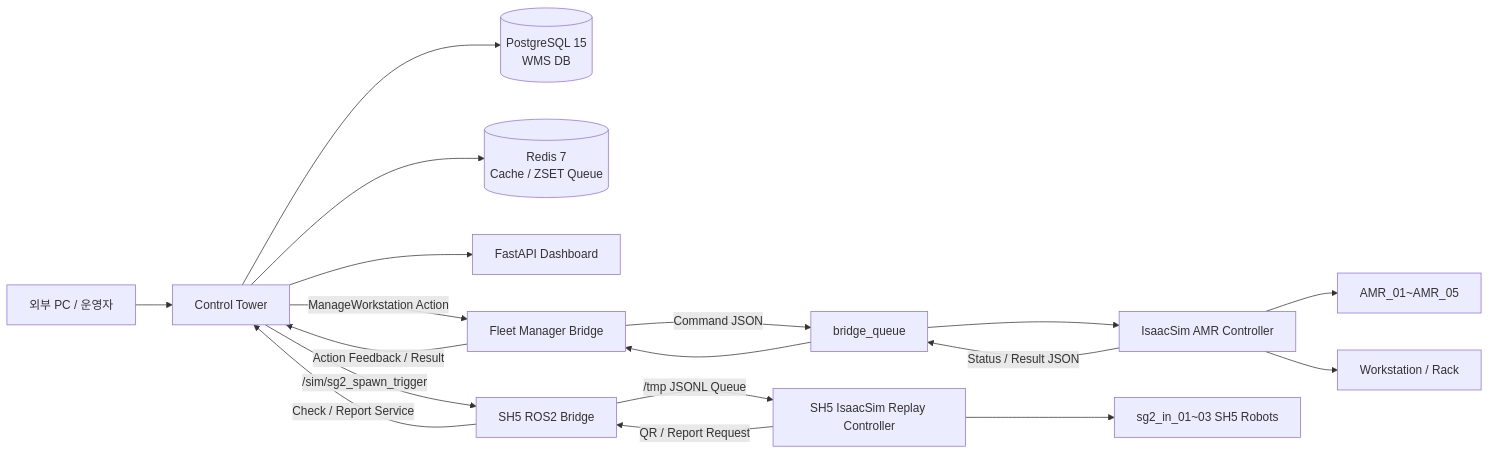
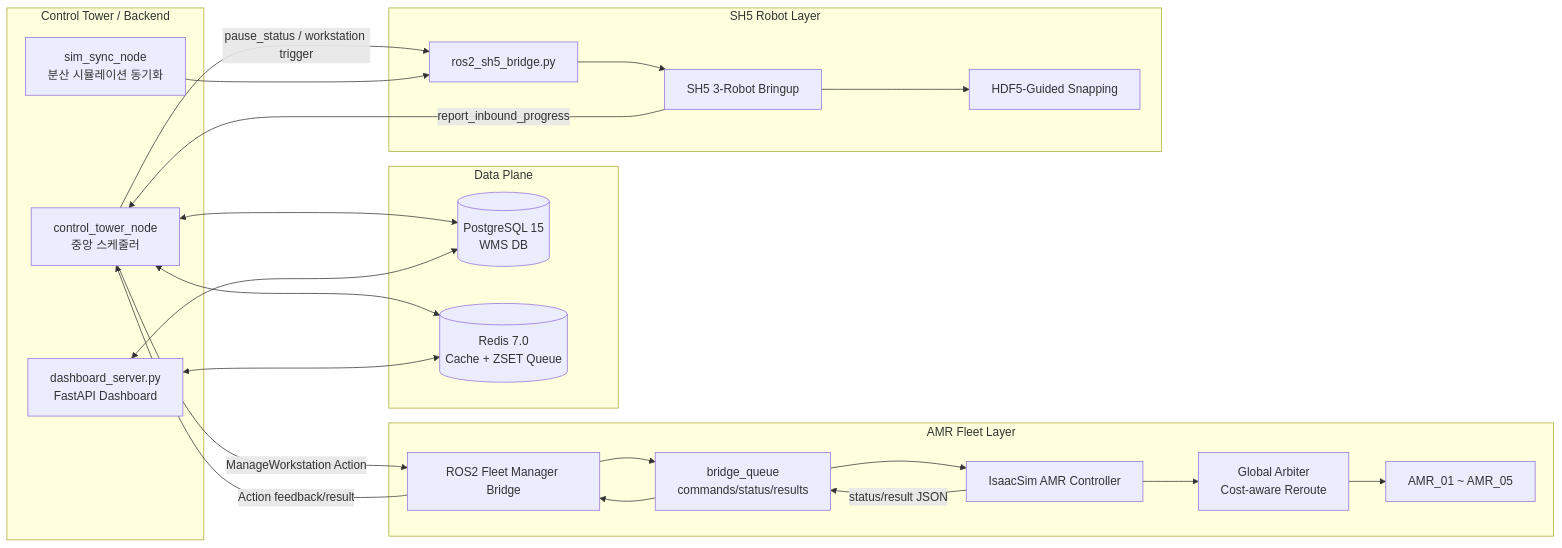
One commit to sungwung1201/SNFC changed the first of 3 diagrams in README.md. Above: the diagram before and after it, drawn with Mermaid. The commit also changed other lines of this file, not shown here.

````diff
--- a/README.md
+++ b/README.md
@@ -242,22 +157,45 @@
 ```mermaid
-graph LR
-    User[외부 PC / 운영자] --> CT[Control Tower]
-    CT --> PG[(PostgreSQL 15\nWMS DB)]
-    CT --> RD[(Redis 7\nCache / ZSET Queue)]
-    CT --> DASH[FastAPI Dashboard]
+flowchart LR
+    subgraph DataPlane[Data Plane]
+        PG[(PostgreSQL 15\nWMS DB)]
+        RD[(Redis 7.0\nCache + ZSET Queue)]
+    end
 
-    CT -->|ManageWorkstation Action| FMB[Fleet Manager Bridge]
-    FMB -->|Command JSON| BQ[bridge_queue]
-    BQ --> AMRC[IsaacSim AMR Controller]
-    AMRC --> AMR[AMR_01~AMR_05]
-    AMRC --> WS[Workstation / Rack]
-    AMRC -->|Status / Result JSON| BQ
-    BQ --> FMB
-    FMB -->|Action Feedback / Result| CT
+    subgraph ControlTower[Control Tower / Backend]
+        CT[control_tower_node\n중앙 스케줄러]
+        DASH[dashboard_server.py\nFastAPI Dashboard]
+        SYNC[sim_sync_node\n분산 시뮬레이션 동기화]
+    end
 
-    CT -->|/sim/sg2_spawn_trigger| SH5B[SH5 ROS2 Bridge]
-    SH5B -->|/tmp JSONL Queue| SH5[SH5 IsaacSim Replay Controller]
-    SH5 --> ROBOT[sg2_in_01~03 SH5 Robots]
-    SH5 -->|QR / Report Request| SH5B
-    SH5B -->|Check / Report Service| CT
+    subgraph AMRLayer[AMR Fleet Layer]
+        ROSBR[ROS2 Fleet Manager Bridge]
+        QUEUE[bridge_queue\ncommands/status/results]
+        CTRL[IsaacSim AMR Controller]
+        ARB[Global Arbiter\nCost-aware Reroute]
+        AMR[AMR_01 ~ AMR_05]
+    end
+
+    subgraph SH5Layer[SH5 Robot Layer]
+        SH5BR[ros2_sh5_bridge.py]
+        SH5[SH5 3-Robot Bringup]
+        SNAP[HDF5-Guided Snapping]
+    end
+
+    CT <--> PG
+    CT <--> RD
+    DASH <--> PG
+    DASH <--> RD
+    CT -->|ManageWorkstation Action| ROSBR
+    ROSBR --> QUEUE
+    QUEUE --> CTRL
+    CTRL --> ARB
+    ARB --> AMR
+    CTRL -->|status/result JSON| QUEUE
+    QUEUE --> ROSBR
+    ROSBR -->|Action feedback/result| CT
+    CT -->|pause_status / workstation trigger| SH5BR
+    SH5BR --> SH5
+    SH5 --> SNAP
+    SH5 -->|report_inbound_progress| CT
+    SYNC --> SH5BR
 ```
````
